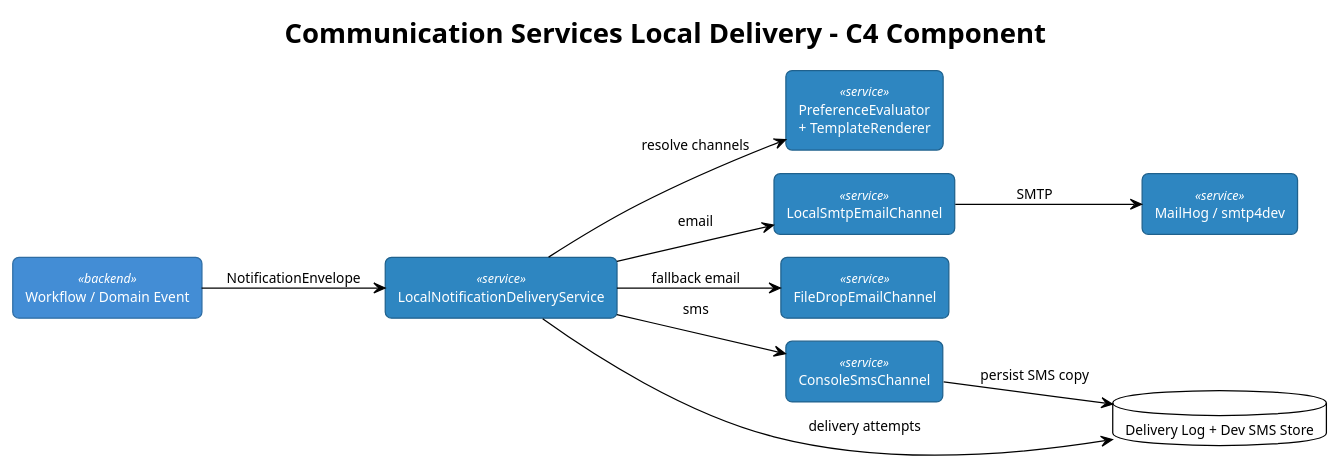
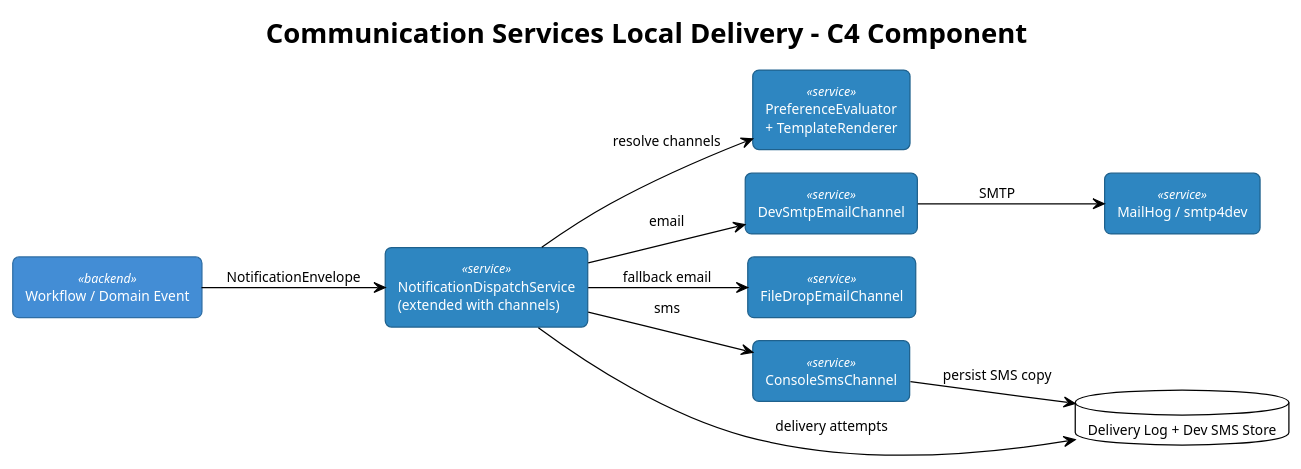
The diagram in docs/detailed-designs/20-communication-services-local-delivery/diagrams/c4_component.puml (QuinntyneBrown/Toromont), drawn with PlantUML before and after one commit. The commit also changed 13 other files, not shown here.

First line of the commit message:
docs: update detailed designs 19-21, create design 22 (Azure Functions local dev)

```diff
--- a/docs/detailed-designs/20-communication-services-local-delivery/diagrams/c4_component.puml
+++ b/docs/detailed-designs/20-communication-services-local-delivery/diagrams/c4_component.puml
@@ -1,43 +1,43 @@
 @startuml c4_component
 !theme plain
 !pragma layout smetana
 left to right direction
 skinparam shadowing false
 skinparam defaultFontSize 11
 skinparam rectangle {
   RoundCorner 10
   StereotypeFontSize 10
 }
 
 title Communication Services Local Delivery - C4 Component
 
 skinparam rectangle<<backend>> {
   BackgroundColor #438DD5
   FontColor white
   BorderColor #2E6DA4
 }
 skinparam rectangle<<service>> {
   BackgroundColor #2E86C1
   FontColor white
   BorderColor #1F618D
 }
 
 rectangle "Workflow / Domain Event" <<backend>> as source
-rectangle "LocalNotificationDeliveryService" <<service>> as delivery
+rectangle "NotificationDispatchService\n(extended with channels)" <<service>> as delivery
 rectangle "PreferenceEvaluator\n+ TemplateRenderer" <<service>> as prep
-rectangle "LocalSmtpEmailChannel" <<service>> as smtp
+rectangle "DevSmtpEmailChannel" <<service>> as smtp
 rectangle "FileDropEmailChannel" <<service>> as file
 rectangle "ConsoleSmsChannel" <<service>> as sms
 rectangle "MailHog / smtp4dev" <<service>> as mailhog
 database "Delivery Log + Dev SMS Store" as db
 
 source --> delivery : NotificationEnvelope
 delivery --> prep : resolve channels
 delivery --> smtp : email
 delivery --> file : fallback email
 delivery --> sms : sms
 smtp --> mailhog : SMTP
 sms --> db : persist SMS copy
 delivery --> db : delivery attempts
 
 @enduml
```
